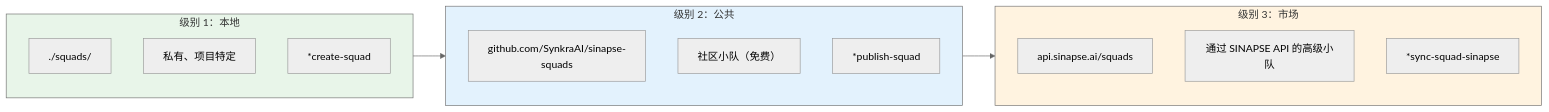
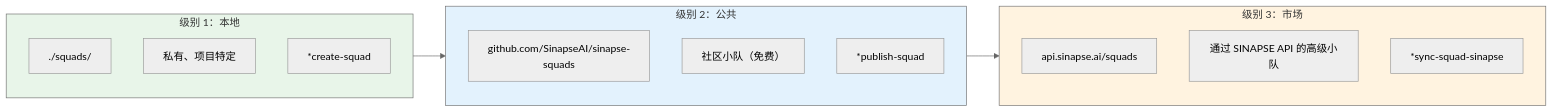
Before and after one commit to caioimori/sinapse-ai: the sixth of 6 diagrams in docs/zh/sinapse-agent-flows/squad-creator-system.md, drawn with Mermaid (neutral theme). The commit also changed other lines of this file and 217 other files, not shown here.

First line of the commit message:
chore: rebrand SynkraAI → SinapseAI across entire codebase

````diff
--- a/docs/zh/sinapse-agent-flows/squad-creator-system.md
+++ b/docs/zh/sinapse-agent-flows/squad-creator-system.md
@@ -564,27 +564,27 @@
 ```mermaid
 flowchart LR
     subgraph LOCAL["级别 1：本地"]
         L_PATH["./squads/"]
         L_DESC["私有、项目特定"]
         L_CMD["*create-squad"]
     end
 
     subgraph PUBLIC["级别 2：公共"]
-        P_REPO["github.com/SynkraAI/sinapse-squads"]
+        P_REPO["github.com/SinapseAI/sinapse-squads"]
         P_DESC["社区小队（免费）"]
         P_CMD["*publish-squad"]
     end
 
     subgraph MARKET["级别 3：市场"]
         M_API["api.sinapse.ai/squads"]
         M_DESC["通过 SINAPSE API 的高级小队"]
         M_CMD["*sync-squad-sinapse"]
     end
 
     LOCAL --> PUBLIC
     PUBLIC --> MARKET
 
     style LOCAL fill:#e8f5e9
     style PUBLIC fill:#e3f2fd
     style MARKET fill:#fff3e0
 ```
````
